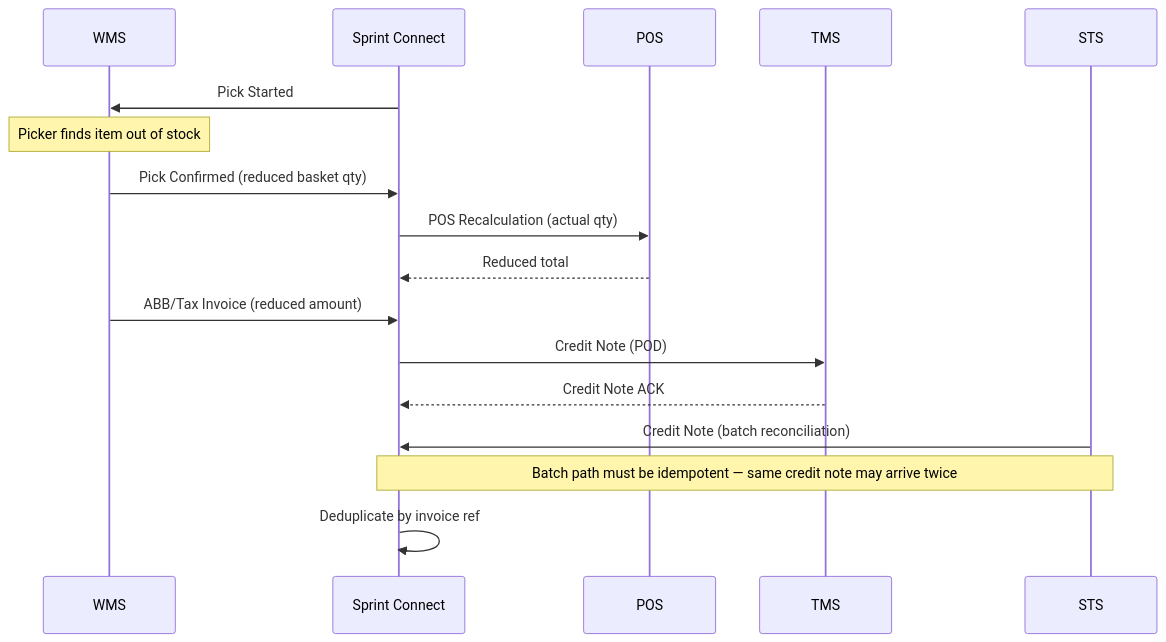
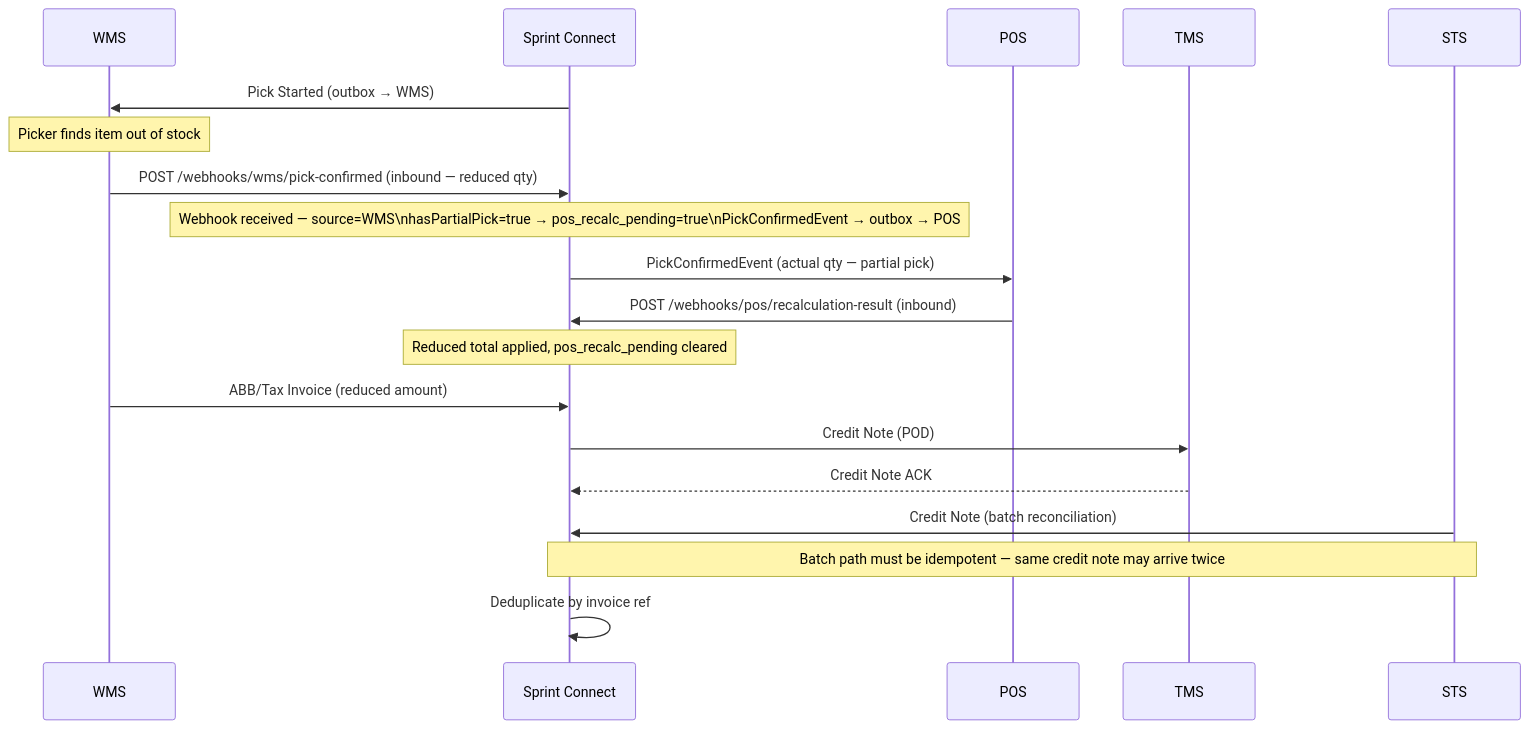
One commit to rosered11/personal-claude changed the fifth of 24 diagrams in result/oms-sequence-diagrams.md. Above: the diagram before and after it, drawn with Mermaid. The commit also changed other lines of this file and 184 other files, not shown here.

````diff
--- a/result/oms-sequence-diagrams.md
+++ b/result/oms-sequence-diagrams.md
@@ -157,24 +157,26 @@
 ```mermaid
 sequenceDiagram
     participant WMS as WMS
     participant SC as Sprint Connect
     participant POS as POS
     participant TMS as TMS
     participant STS as STS
 
-    SC->>WMS: Pick Started
+    SC->>WMS: Pick Started (outbox → WMS)
     Note over WMS: Picker finds item out of stock
-    WMS->>SC: Pick Confirmed (reduced basket qty)
+    WMS->>SC: POST /webhooks/wms/pick-confirmed (inbound — reduced qty)
+    Note over SC: Webhook received — source=WMS\nhasPartialPick=true → pos_recalc_pending=true\nPickConfirmedEvent → outbox → POS
 
-    SC->>POS: POS Recalculation (actual qty)
-    POS-->>SC: Reduced total
+    SC->>POS: PickConfirmedEvent (actual qty — partial pick)
+    POS->>SC: POST /webhooks/pos/recalculation-result (inbound)
+    Note over SC: Reduced total applied, pos_recalc_pending cleared
 
     WMS->>SC: ABB/Tax Invoice (reduced amount)
 
     SC->>TMS: Credit Note (POD)
     TMS-->>SC: Credit Note ACK
 
     STS->>SC: Credit Note (batch reconciliation)
     Note over SC,STS: Batch path must be idempotent — same credit note may arrive twice
     SC->>SC: Deduplicate by invoice ref
 ```
````
